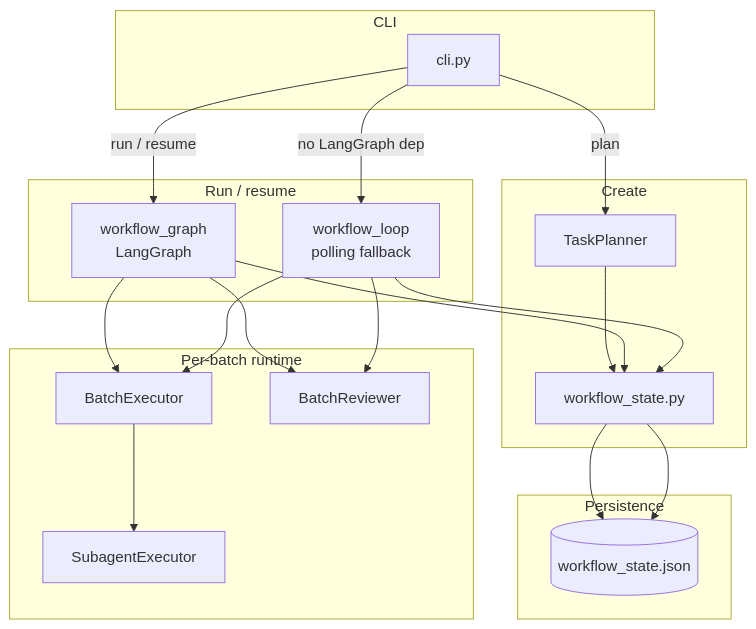
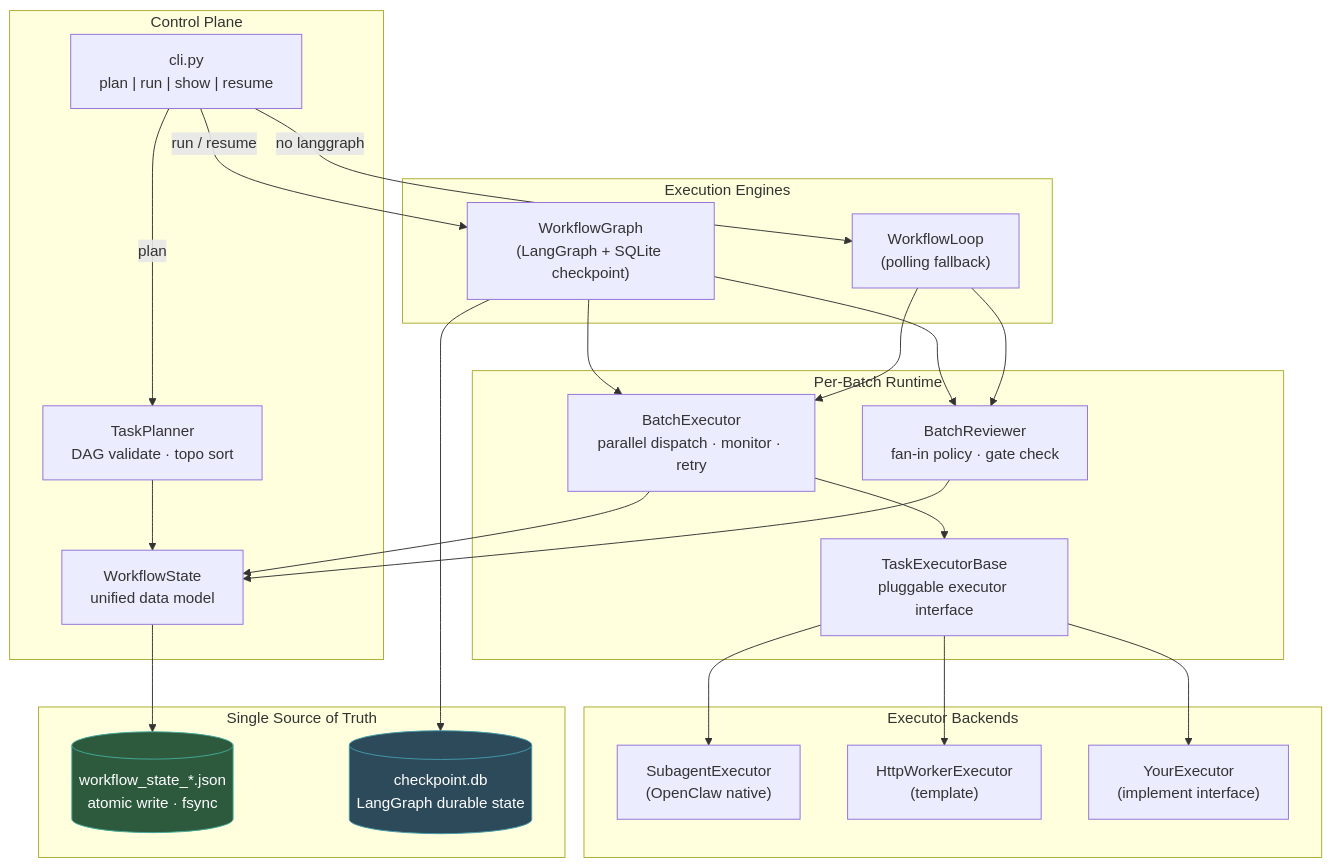
One commit to lanyasheng/openclaw-company-orchestration-proposal changed the first of 4 diagrams in README.md. Above: the diagram before and after it, drawn with Mermaid. The commit also changed other lines of this file and 9 other files, not shown here.

````diff
--- a/README.md
+++ b/README.md
@@ -37,36 +38,44 @@
 ```mermaid
 graph TD
-  subgraph Entry["CLI"]
-    CLI[cli.py]
+  subgraph Control["Control Plane"]
+    CLI["cli.py<br/>plan | run | show | resume"]
+    TP["TaskPlanner<br/>DAG validate · topo sort"]
+    WS["WorkflowState<br/>unified data model"]
   end
-  subgraph Plan["Create"]
-    TP[TaskPlanner]
-    WS[workflow_state.py]
+
+  subgraph Engines["Execution Engines"]
+    LG["WorkflowGraph<br/>(LangGraph + SQLite checkpoint)"]
+    WL["WorkflowLoop<br/>(polling fallback)"]
   end
-  subgraph Engines["Run / resume"]
-    LG[workflow_graph<br/>LangGraph]
-    WL[workflow_loop<br/>polling fallback]
+
+  subgraph Runtime["Per-Batch Runtime"]
+    BE["BatchExecutor<br/>parallel dispatch · monitor · retry"]
+    SE["TaskExecutorBase<br/>pluggable executor interface"]
+    BR["BatchReviewer<br/>fan-in policy · gate check"]
   end
-  subgraph Runtime["Per-batch runtime"]
-    BE[BatchExecutor]
-    SE[SubagentExecutor]
-    BR[BatchReviewer]
+
+  subgraph Executors["Executor Backends"]
+    SAE["SubagentExecutor<br/>(OpenClaw native)"]
+    HTTP["HttpWorkerExecutor<br/>(template)"]
+    CUSTOM["YourExecutor<br/>(implement interface)"]
   end
-  subgraph Truth["Persistence"]
-    JSON[(workflow_state.json)]
+
+  subgraph Persistence["Single Source of Truth"]
+    JSON[("workflow_state_*.json<br/>atomic write · fsync")]
+    CK[("checkpoint.db<br/>LangGraph durable state")]
   end
 
   CLI -->|plan| TP
-  TP --> WS
-  WS --> JSON
+  TP --> WS --> JSON
   CLI -->|run / resume| LG
-  CLI -->|no LangGraph dep| WL
-  LG --> BE
-  LG --> BR
-  WL --> BE
-  WL --> BR
+  CLI -->|no langgraph| WL
+  LG & WL --> BE
+  LG & WL --> BR
   BE --> SE
-  LG --> WS
-  WL --> WS
-  WS --> JSON
+  SE --> SAE & HTTP & CUSTOM
+  LG --> CK
+  BE & BR --> WS
+
+  style JSON fill:#2d5a3d,stroke:#4a9,color:#fff
+  style CK fill:#2d4a5a,stroke:#49a,color:#fff
 ```
````
